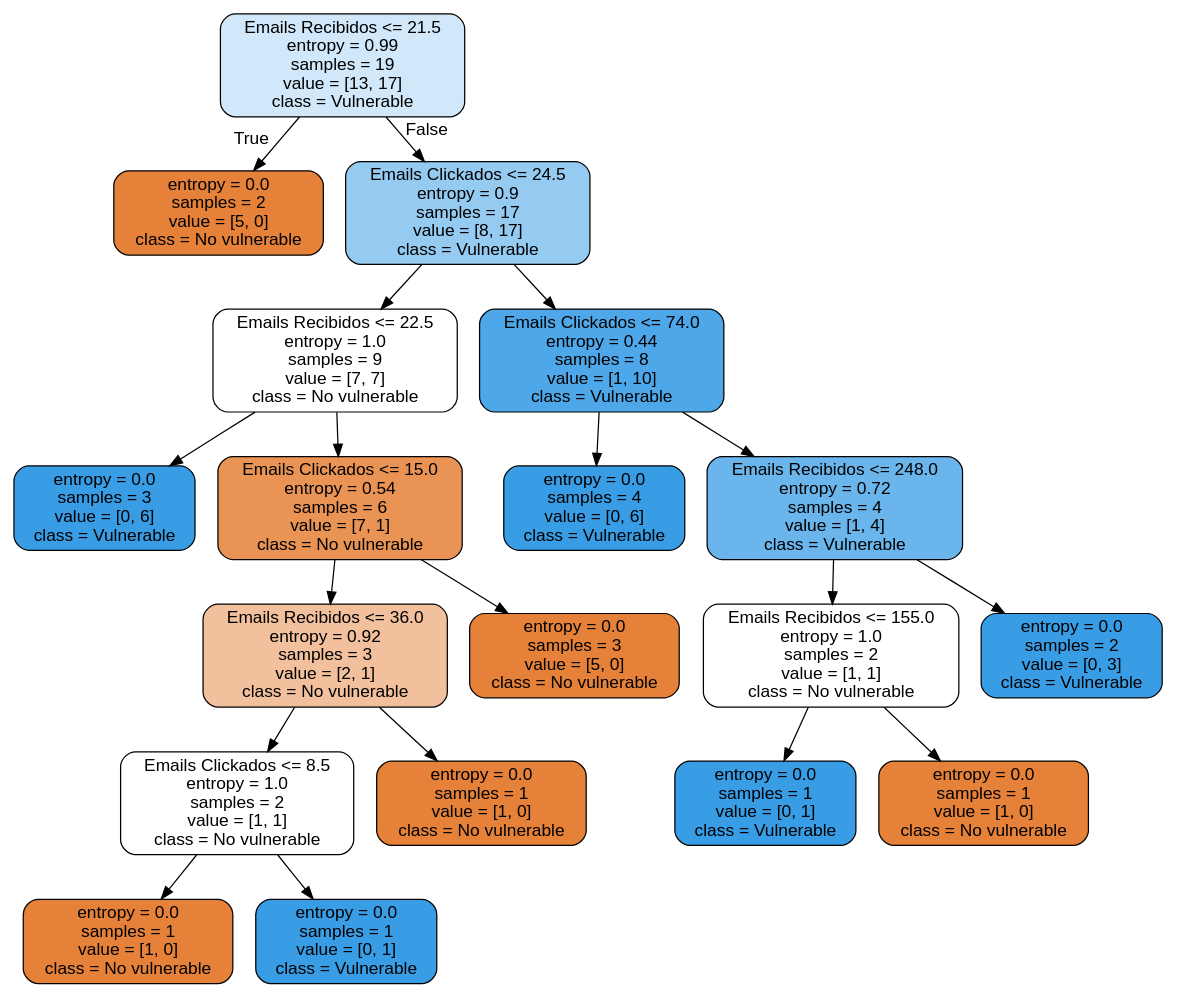
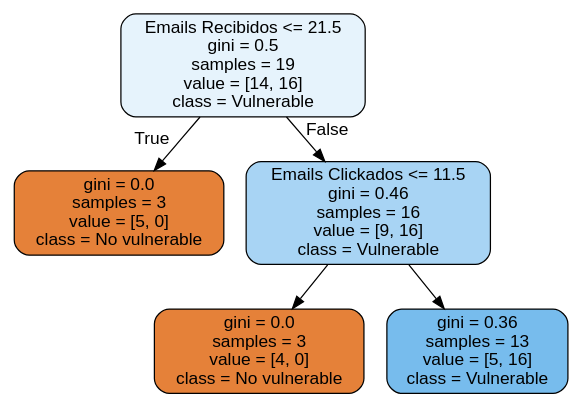
Before and after one commit to esquilichi/Flaskitos: the diagram in machinelearning/gráficos/random_forest.dot, drawn with Graphviz. The commit also changed 11 other files, not shown here.

```diff
--- a/machinelearning/gráficos/random_forest.dot
+++ b/machinelearning/gráficos/random_forest.dot
@@ -1,41 +1,13 @@
 digraph Tree {
 node [shape=box, style="filled, rounded", color="black", fontname="helvetica"] ;
 edge [fontname="helvetica"] ;
-0 [label="Emails Recibidos <= 21.5\nentropy = 0.99\nsamples = 19\nvalue = [13, 17]\nclass = Vulnerable", fillcolor="#d0e8f9"] ;
-1 [label="entropy = 0.0\nsamples = 2\nvalue = [5, 0]\nclass = No vulnerable", fillcolor="#e58139"] ;
+0 [label="Emails Recibidos <= 21.5\ngini = 0.5\nsamples = 19\nvalue = [14, 16]\nclass = Vulnerable", fillcolor="#e6f3fc"] ;
+1 [label="gini = 0.0\nsamples = 3\nvalue = [5, 0]\nclass = No vulnerable", fillcolor="#e58139"] ;
 0 -> 1 [labeldistance=2.5, labelangle=45, headlabel="True"] ;
-2 [label="Emails Clickados <= 24.5\nentropy = 0.9\nsamples = 17\nvalue = [8, 17]\nclass = Vulnerable", fillcolor="#96cbf1"] ;
+2 [label="Emails Clickados <= 11.5\ngini = 0.46\nsamples = 16\nvalue = [9, 16]\nclass = Vulnerable", fillcolor="#a8d4f4"] ;
 0 -> 2 [labeldistance=2.5, labelangle=-45, headlabel="False"] ;
-3 [label="Emails Recibidos <= 22.5\nentropy = 1.0\nsamples = 9\nvalue = [7, 7]\nclass = No vulnerable", fillcolor="#ffffff"] ;
+3 [label="gini = 0.0\nsamples = 3\nvalue = [4, 0]\nclass = No vulnerable", fillcolor="#e58139"] ;
 2 -> 3 ;
-4 [label="entropy = 0.0\nsamples = 3\nvalue = [0, 6]\nclass = Vulnerable", fillcolor="#399de5"] ;
-3 -> 4 ;
-5 [label="Emails Clickados <= 15.0\nentropy = 0.54\nsamples = 6\nvalue = [7, 1]\nclass = No vulnerable", fillcolor="#e99355"] ;
-3 -> 5 ;
-6 [label="Emails Recibidos <= 36.0\nentropy = 0.92\nsamples = 3\nvalue = [2, 1]\nclass = No vulnerable", fillcolor="#f2c09c"] ;
-5 -> 6 ;
-7 [label="Emails Clickados <= 8.5\nentropy = 1.0\nsamples = 2\nvalue = [1, 1]\nclass = No vulnerable", fillcolor="#ffffff"] ;
-6 -> 7 ;
-8 [label="entropy = 0.0\nsamples = 1\nvalue = [1, 0]\nclass = No vulnerable", fillcolor="#e58139"] ;
-7 -> 8 ;
-9 [label="entropy = 0.0\nsamples = 1\nvalue = [0, 1]\nclass = Vulnerable", fillcolor="#399de5"] ;
-7 -> 9 ;
-10 [label="entropy = 0.0\nsamples = 1\nvalue = [1, 0]\nclass = No vulnerable", fillcolor="#e58139"] ;
-6 -> 10 ;
-11 [label="entropy = 0.0\nsamples = 3\nvalue = [5, 0]\nclass = No vulnerable", fillcolor="#e58139"] ;
-5 -> 11 ;
-12 [label="Emails Clickados <= 74.0\nentropy = 0.44\nsamples = 8\nvalue = [1, 10]\nclass = Vulnerable", fillcolor="#4da7e8"] ;
-2 -> 12 ;
-13 [label="entropy = 0.0\nsamples = 4\nvalue = [0, 6]\nclass = Vulnerable", fillcolor="#399de5"] ;
-12 -> 13 ;
-14 [label="Emails Recibidos <= 248.0\nentropy = 0.72\nsamples = 4\nvalue = [1, 4]\nclass = Vulnerable", fillcolor="#6ab6ec"] ;
-12 -> 14 ;
-15 [label="Emails Recibidos <= 155.0\nentropy = 1.0\nsamples = 2\nvalue = [1, 1]\nclass = No vulnerable", fillcolor="#ffffff"] ;
-14 -> 15 ;
-16 [label="entropy = 0.0\nsamples = 1\nvalue = [0, 1]\nclass = Vulnerable", fillcolor="#399de5"] ;
-15 -> 16 ;
-17 [label="entropy = 0.0\nsamples = 1\nvalue = [1, 0]\nclass = No vulnerable", fillcolor="#e58139"] ;
-15 -> 17 ;
-18 [label="entropy = 0.0\nsamples = 2\nvalue = [0, 3]\nclass = Vulnerable", fillcolor="#399de5"] ;
-14 -> 18 ;
+4 [label="gini = 0.36\nsamples = 13\nvalue = [5, 16]\nclass = Vulnerable", fillcolor="#77bced"] ;
+2 -> 4 ;
 }
```
